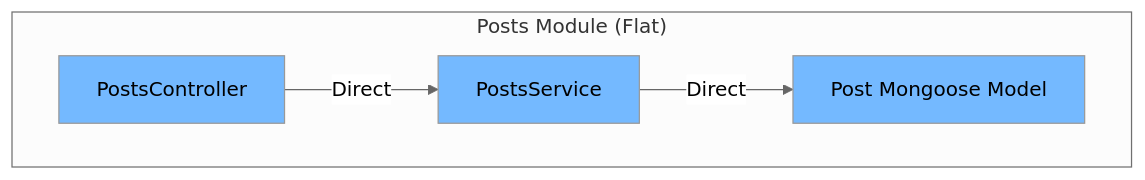
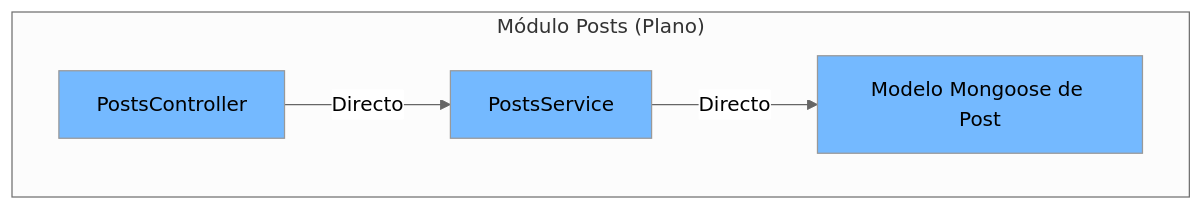
Before and after one commit to Byroncl/laboratory-reviews: the sixth of 14 diagrams in docs-post-message/docs/backend/architecture/overview.md, drawn with Mermaid (neutral theme). The commit also changed other lines of this file and 17 other files, not shown here.

Commit message:
refactor: implement clean architecture patterns with domains, repositories, use cases, constants, and comprehensive tests

````diff
--- a/docs-post-message/docs/backend/architecture/overview.md
+++ b/docs-post-message/docs/backend/architecture/overview.md
@@ -188,15 +188,15 @@
 ```mermaid
 graph TB
-    subgraph "Posts Module (Flat)"
+    subgraph "Módulo Posts (Plano)"
         Controller["PostsController"]
         Service["PostsService"]
-        Model["Post Mongoose Model"]
+        Model["Modelo Mongoose de Post"]
     end
     
-    Controller -->|Direct| Service
-    Service -->|Direct| Model
+    Controller -->|Directo| Service
+    Service -->|Directo| Model
     
     style Controller fill:#74b9ff
     style Service fill:#74b9ff
     style Model fill:#74b9ff
 ```
````
